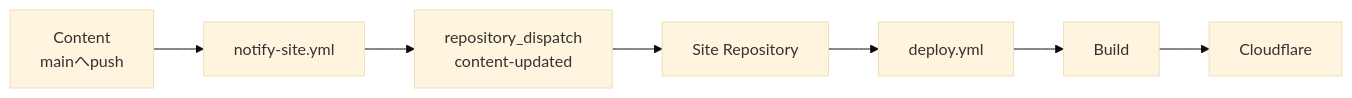
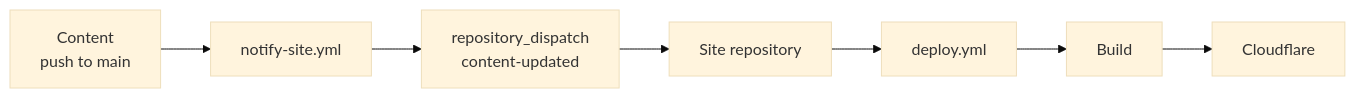
One commit to Rerurate514/riebeckite changed the fifth of 11 diagrams in docs/docs/guides/deployment/github-actions.md. Above: the diagram before and after it, drawn with Mermaid (base theme). The commit also changed other lines of this file and 604 other files, not shown here.

````diff
--- a/docs/docs/guides/deployment/github-actions.md
+++ b/docs/docs/guides/deployment/github-actions.md
@@ -309,17 +289,17 @@
-```mermaid id="k5hvll"
+```mermaid
 flowchart LR
-    Push["Content<br/>mainへpush"]
+    Push["Content<br/>push to main"]
     Notify["notify-site.yml"]
     Dispatch["repository_dispatch<br/>content-updated"]
-    Site["Site Repository"]
+    Site["Site repository"]
     Workflow["deploy.yml"]
     Build["Build"]
     Deploy["Cloudflare"]
 
     Push --> Notify
     Notify --> Dispatch
     Dispatch --> Site
     Site --> Workflow
     Workflow --> Build
     Build --> Deploy
 ```
````
